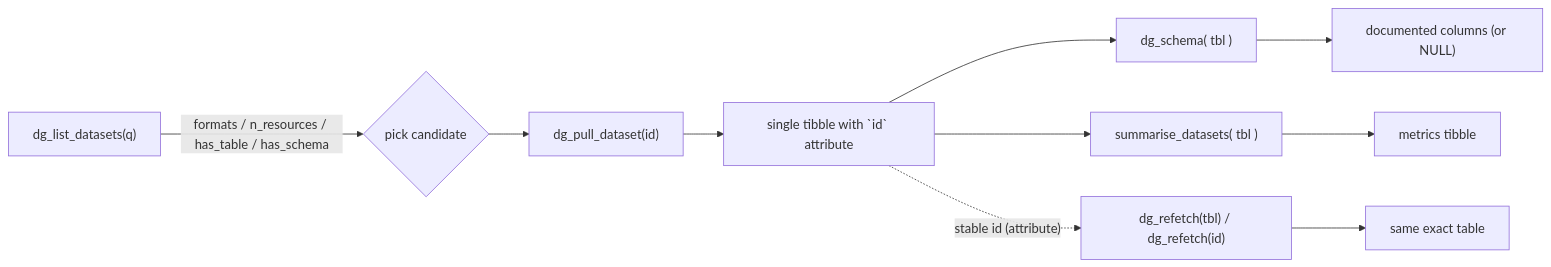
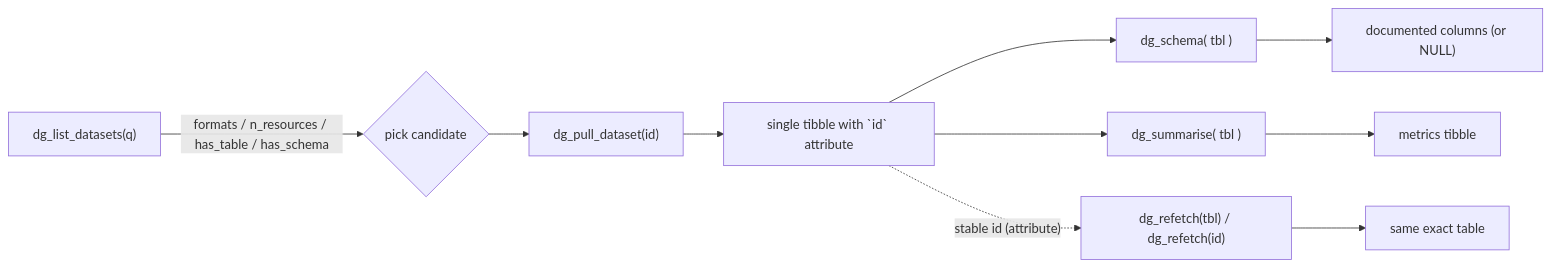
Before and after one commit to astamm/datagouv: the diagram in DESIGN-discovery.md, drawn with Mermaid. The commit also changed other lines of this file and 20 other files, not shown here.

````diff
--- a/DESIGN-discovery.md
+++ b/DESIGN-discovery.md
@@ -14,12 +16,12 @@
 ```mermaid
 flowchart LR
     A["dg_list_datasets(q)"] -->|"formats / n_resources / has_table / has_schema"| B{"pick candidate"}
     B --> C["dg_pull_dataset(id)"]
     C --> C2["single tibble with `id` attribute"]
     C2 --> D["dg_schema( tbl )"]
     D --> D2["documented columns (or NULL)"]
-    C2 --> E["summarise_datasets( tbl )"]
+    C2 --> E["dg_summarise( tbl )"]
     E --> F["metrics tibble"]
     C2 -. "stable id (attribute)" .-> G["dg_refetch(tbl) / dg_refetch(id)"]
     G --> H["same exact table"]
 ```
````
